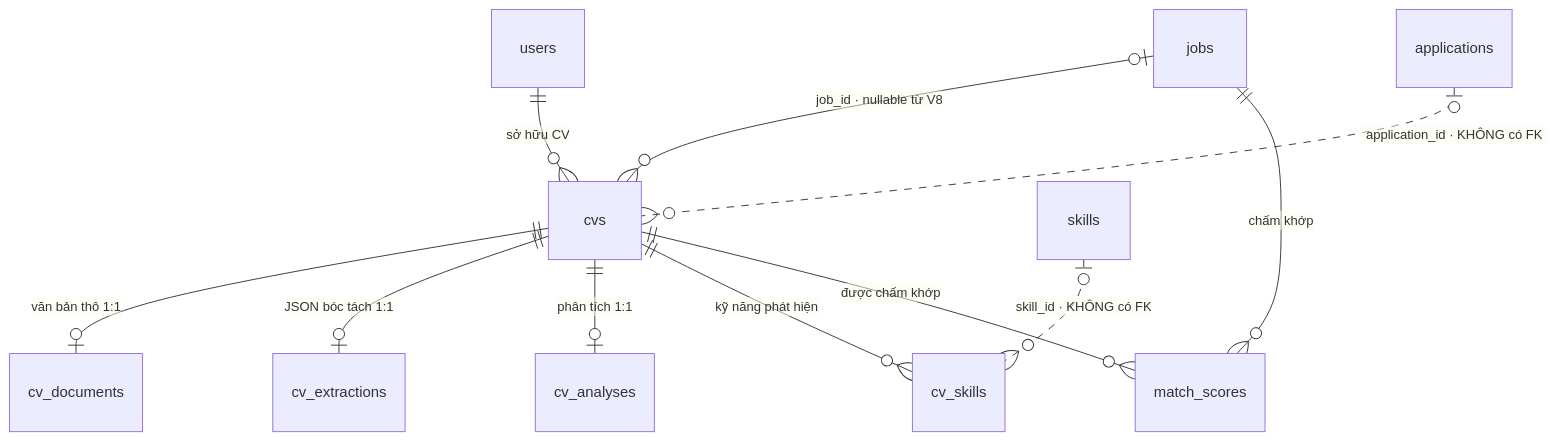
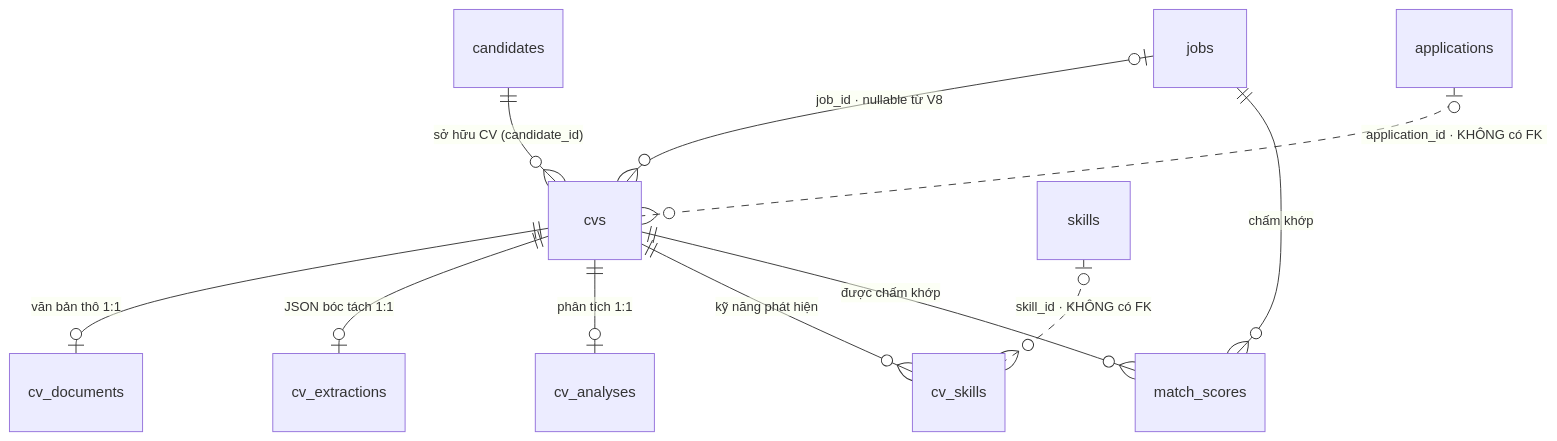
The sixth of 11 diagrams in docs/database/README.md (hieupnh12/SmartHire-AI), drawn with Mermaid before and after one commit. The commit also changed other lines of this file and 75 other files, not shown here.

Commit message:
feat: separate candidates from users, update frontend auth and docs

````diff
--- a/docs/database/README.md
+++ b/docs/database/README.md
@@ -462,15 +462,15 @@
 ```mermaid
 erDiagram
-    users ||--o{ cvs : "sở hữu CV"
+    candidates ||--o{ cvs : "sở hữu CV (candidate_id)"
     jobs |o--o{ cvs : "job_id · nullable từ V8"
     applications |o..o{ cvs : "application_id · KHÔNG có FK"
 
     cvs ||--o| cv_documents : "văn bản thô 1:1"
     cvs ||--o| cv_extractions : "JSON bóc tách 1:1"
     cvs ||--o| cv_analyses : "phân tích 1:1"
     cvs ||--o{ cv_skills : "kỹ năng phát hiện"
     skills |o..o{ cv_skills : "skill_id · KHÔNG có FK"
 
     jobs ||--o{ match_scores : "chấm khớp"
     cvs ||--o{ match_scores : "được chấm khớp"
 ```
````
